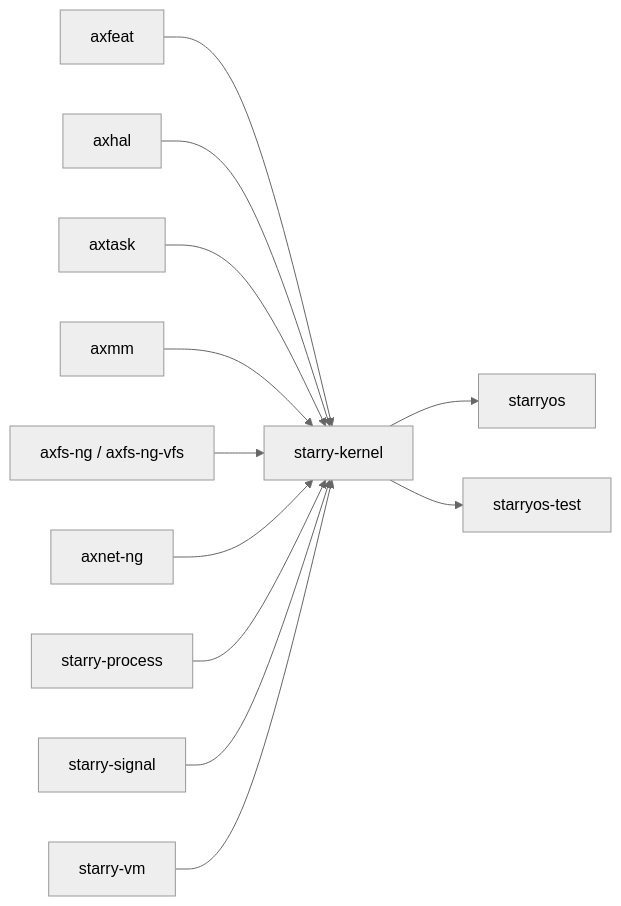
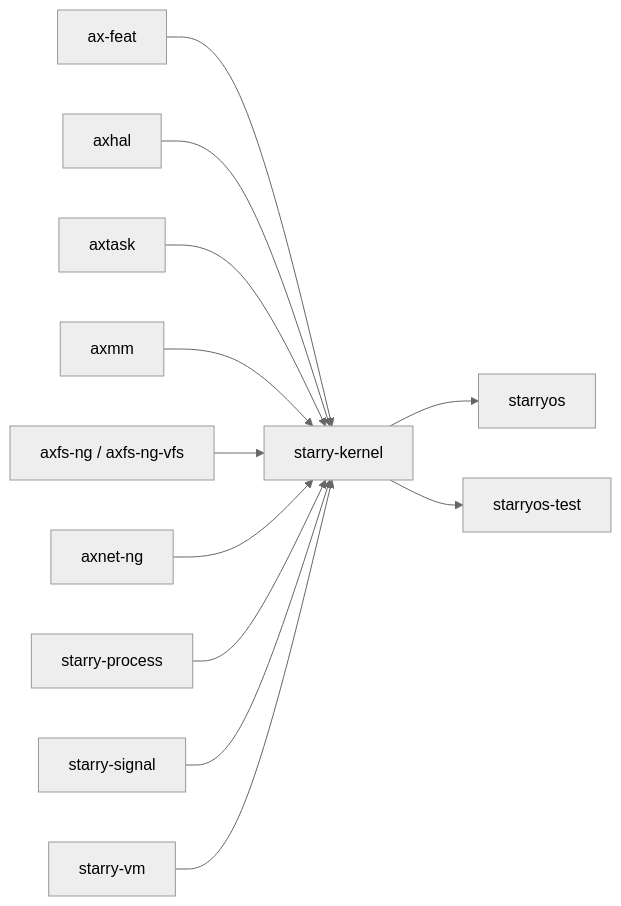
One commit to rcore-os/tgoskits changed the second of 2 diagrams in docs/crates/starry-kernel.md. Above: the diagram before and after it, drawn with Mermaid (neutral theme). The commit also changed other lines of this file and 51 other files, not shown here.

````diff
--- a/docs/crates/starry-kernel.md
+++ b/docs/crates/starry-kernel.md
@@ -116,15 +116,15 @@
 ```mermaid
 graph LR
-    axfeat["axfeat"] --> starry["starry-kernel"]
+    ax-feat["ax-feat"] --> starry["starry-kernel"]
     axhal["axhal"] --> starry
     axtask["axtask"] --> starry
     axmm["axmm"] --> starry
     axfs["axfs-ng / axfs-ng-vfs"] --> starry
     axnet["axnet-ng"] --> starry
     starry_process["starry-process"] --> starry
     starry_signal["starry-signal"] --> starry
     starry_vm["starry-vm"] --> starry
 
     starry --> starryos["starryos"]
     starry --> starryos_test["starryos-test"]
 ```
````
